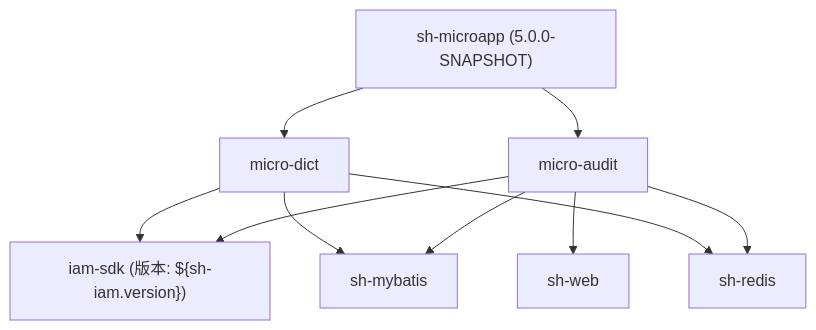
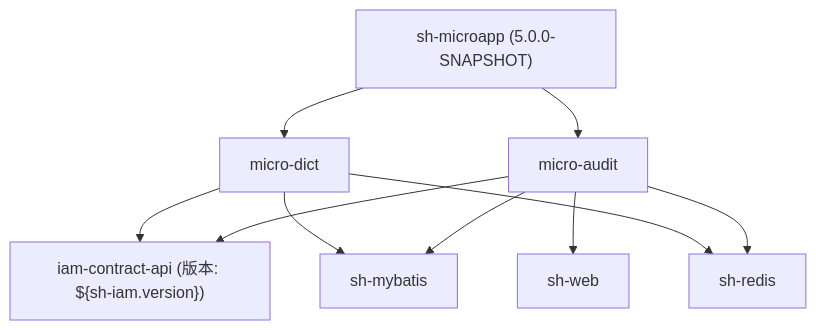
One commit to shrimp-group/sh-microapp changed the third of 3 diagrams in .qoder/repowiki/zh/content/迁移升级.md. Above: the diagram before and after it, drawn with Mermaid. The commit also changed other lines of this file and 99 other files, not shown here.

````diff
--- a/.qoder/repowiki/zh/content/迁移升级.md
+++ b/.qoder/repowiki/zh/content/迁移升级.md
@@ -188,12 +188,12 @@
 ```mermaid
 graph TB
 Root["sh-microapp (5.0.0-SNAPSHOT)"] --> ModAudit["micro-audit"]
 Root --> ModDict["micro-dict"]
-ModAudit --> IAM["iam-sdk (版本: ${sh-iam.version})"]
+ModAudit --> IAM["iam-contract-api (版本: ${sh-iam.version})"]
 ModDict --> IAM
 ModAudit --> ShMyBatis["sh-mybatis"]
 ModAudit --> ShRedis["sh-redis"]
 ModAudit --> ShWeb["sh-web"]
 ModDict --> ShMyBatis
 ModDict --> ShRedis
 ```
````
